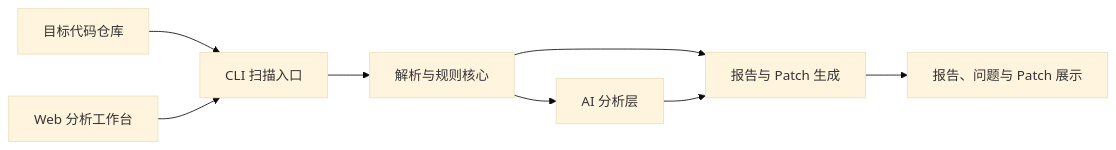
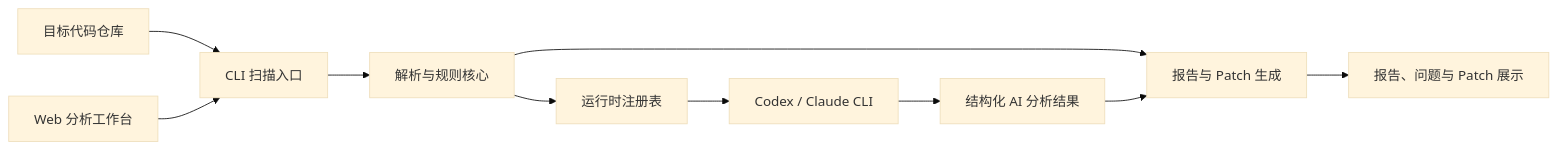
The diagram in docs/TECHNICAL_DESIGN.md (YangMingSJTU/log-pilot), drawn with Mermaid (base theme) before and after one commit. The commit also changed other lines of this file and 13 other files, not shown here.

````diff
--- a/docs/TECHNICAL_DESIGN.md
+++ b/docs/TECHNICAL_DESIGN.md
@@ -7,10 +7,12 @@
 ```mermaid
 flowchart LR
   A["目标代码仓库"] --> B["CLI 扫描入口"]
   G["Web 分析工作台"] --> B
   B --> C["解析与规则核心"]
-  C --> D["AI 分析层"]
+  C --> D["运行时注册表"]
+  D --> H["Codex / Claude CLI"]
+  H --> I["结构化 AI 分析结果"]
   C --> E["报告与 Patch 生成"]
-  D --> E
+  I --> E
   E --> F["报告、问题与 Patch 展示"]
 ```
````
